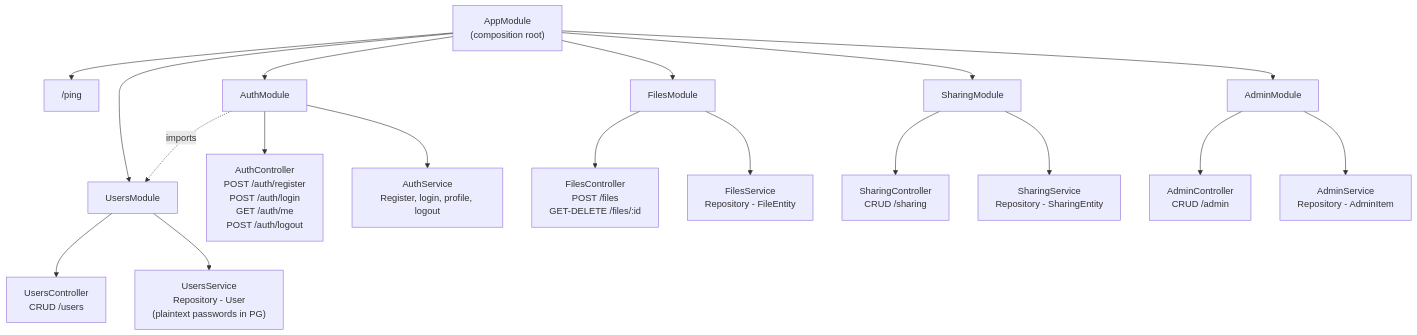
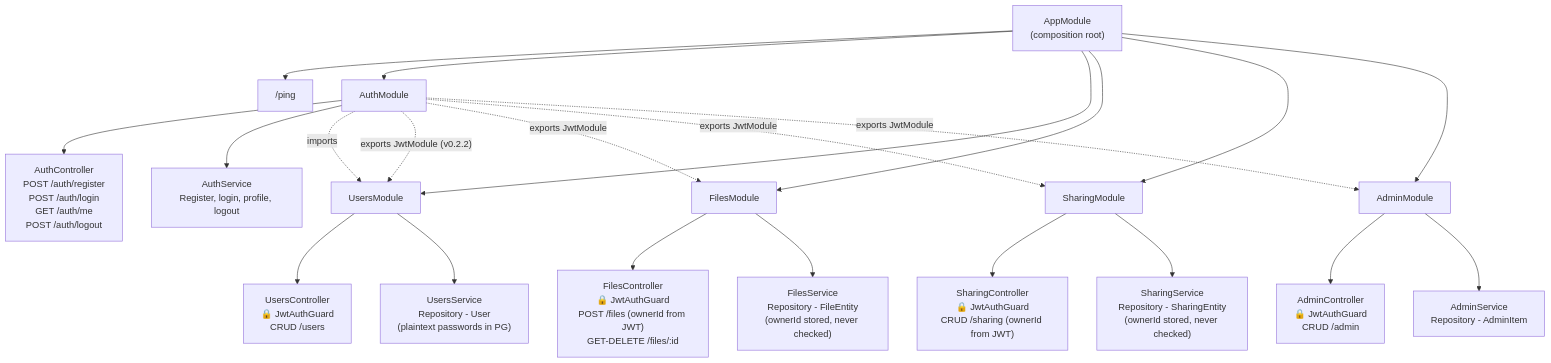
The second of 5 diagrams in docs/architecture/ARCHITECTURE.md (KLJr-Dev/KC-Project), drawn with Mermaid before and after one commit. The commit also changed other lines of this file and 7 other files, not shown here.

First line of the commit message:
v0.2.2 docs: identifier trust failures — IDOR diagrams, ownerId schema, CWE-639/CWE-862

````diff
--- a/docs/architecture/ARCHITECTURE.md
+++ b/docs/architecture/ARCHITECTURE.md
@@ -37,33 +37,37 @@
 ```mermaid
 graph TD
     AppModule["AppModule\n(composition root)"]
     AppController["/ping"]
     AuthModule["AuthModule"]
     UsersModule["UsersModule"]
     FilesModule["FilesModule"]
     SharingModule["SharingModule"]
     AdminModule["AdminModule"]
 
     AppModule --> AppController
     AppModule --> AuthModule
     AppModule --> UsersModule
     AppModule --> FilesModule
     AppModule --> SharingModule
     AppModule --> AdminModule
 
     AuthModule --> AuthController["AuthController\nPOST /auth/register\nPOST /auth/login\nGET /auth/me\nPOST /auth/logout"]
     AuthModule --> AuthService["AuthService\nRegister, login, profile, logout"]
     AuthModule -.->|imports| UsersModule
+    AuthModule -.->|"exports JwtModule (v0.2.2)"| UsersModule
+    AuthModule -.->|"exports JwtModule"| FilesModule
+    AuthModule -.->|"exports JwtModule"| SharingModule
+    AuthModule -.->|"exports JwtModule"| AdminModule
 
-    UsersModule --> UsersController["UsersController\nCRUD /users"]
+    UsersModule --> UsersController["UsersController\n🔒 JwtAuthGuard\nCRUD /users"]
     UsersModule --> UsersService["UsersService\nRepository - User\n(plaintext passwords in PG)"]
 
-    FilesModule --> FilesController["FilesController\nPOST /files\nGET-DELETE /files/:id"]
-    FilesModule --> FilesService["FilesService\nRepository - FileEntity"]
+    FilesModule --> FilesController["FilesController\n🔒 JwtAuthGuard\nPOST /files (ownerId from JWT)\nGET-DELETE /files/:id"]
+    FilesModule --> FilesService["FilesService\nRepository - FileEntity\n(ownerId stored, never checked)"]
 
-    SharingModule --> SharingController["SharingController\nCRUD /sharing"]
-    SharingModule --> SharingService["SharingService\nRepository - SharingEntity"]
+    SharingModule --> SharingController["SharingController\n🔒 JwtAuthGuard\nCRUD /sharing (ownerId from JWT)"]
+    SharingModule --> SharingService["SharingService\nRepository - SharingEntity\n(ownerId stored, never checked)"]
 
-    AdminModule --> AdminController["AdminController\nCRUD /admin"]
+    AdminModule --> AdminController["AdminController\n🔒 JwtAuthGuard\nCRUD /admin"]
     AdminModule --> AdminService["AdminService\nRepository - AdminItem"]
 ```
````
